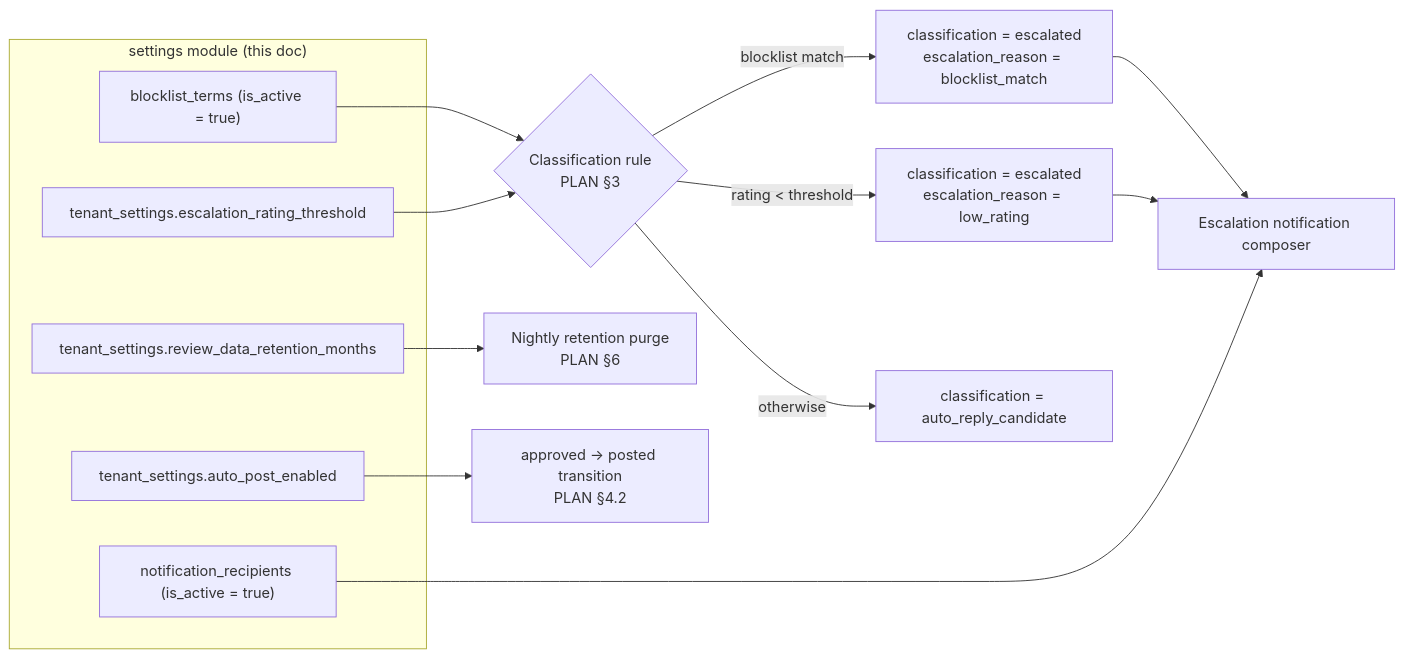
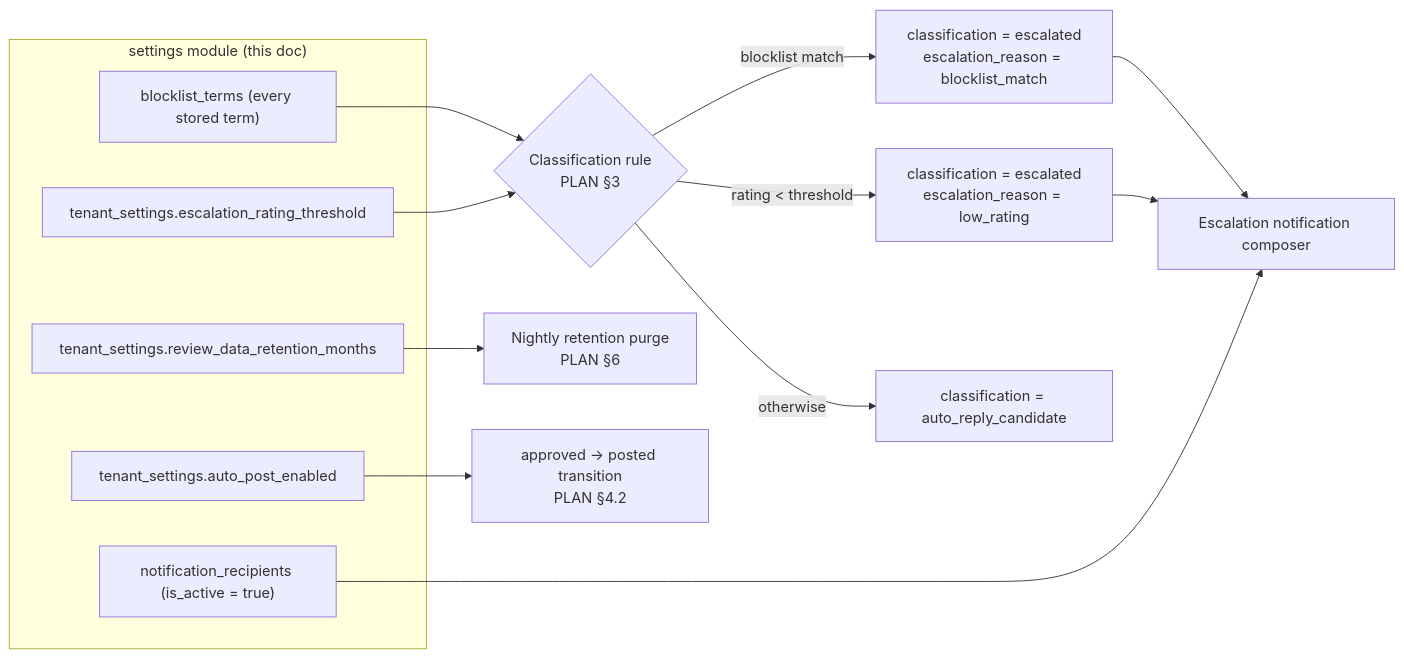
The diagram in apps/documentation/docs/backend/settings/overview.md (pranjalgain/innopeak), drawn with Mermaid before and after one commit. The commit also changed other lines of this file and 20 other files, not shown here.

````diff
--- a/apps/documentation/docs/backend/settings/overview.md
+++ b/apps/documentation/docs/backend/settings/overview.md
@@ -80,20 +80,20 @@
 ```mermaid
 flowchart LR
     subgraph Settings["settings module (this doc)"]
         T["tenant_settings.escalation_rating_threshold"]
-        B["blocklist_terms (is_active = true)"]
+        B["blocklist_terms (every stored term)"]
         R["notification_recipients (is_active = true)"]
         RET["tenant_settings.review_data_retention_months"]
         AP["tenant_settings.auto_post_enabled"]
     end
     B --> C{"Classification rule<br/>PLAN §3"}
     T --> C
     C -->|"blocklist match"| E["classification = escalated<br/>escalation_reason = blocklist_match"]
     C -->|"rating &lt; threshold"| L["classification = escalated<br/>escalation_reason = low_rating"]
     C -->|"otherwise"| A["classification = auto_reply_candidate"]
     E --> N["Escalation notification composer"]
     L --> N
     R --> N
     RET --> P["Nightly retention purge<br/>PLAN §6"]
     AP --> POST["approved → posted transition<br/>PLAN §4.2"]
 ```
````
